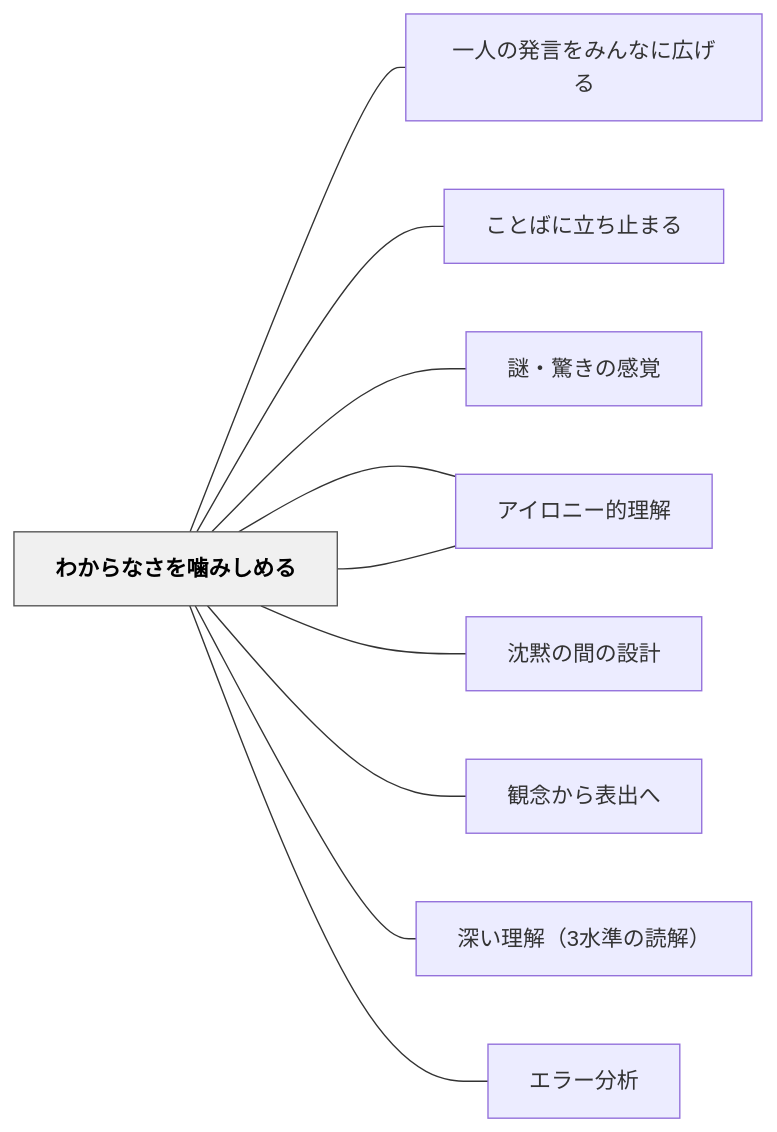
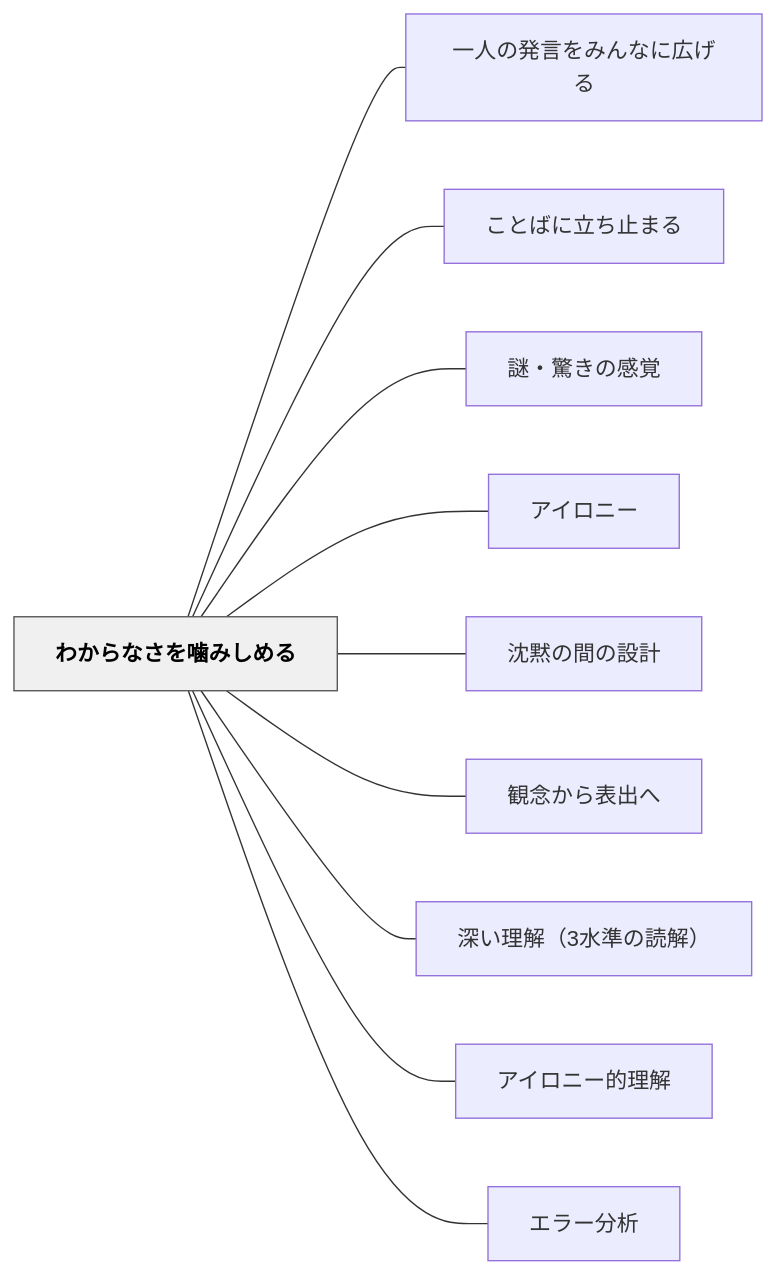
Before and after one commit to unknownthings-ed-patterns/unknownthings-ed-patterns: the diagram in content/パタン/わからなさを噛みしめる.md, drawn with Mermaid. The commit also changed 527 other files, not shown here.

````diff
--- a/content/パタン/わからなさを噛みしめる.md
+++ b/content/パタン/わからなさを噛みしめる.md
@@ -94,26 +94,26 @@
 ```mermaid
 flowchart LR
-    ne3828fe3818b["わからなさを噛みしめる"]
-    ne4b880e4baba["一人の発言をみんなに広げる"]
-    ne38193e381a8["ことばに立ち止まる"]
-    ne8ac8ee383bb["謎・驚きの感覚"]
-    ne382a2e382a4["アイロニー"]
-    ne6b288e9bb99["沈黙の間の設計"]
-    ne8a6b3e5bfb5["観念から表出へ"]
-    ne6b7b1e38184["深い理解（3水準の読解）"]
-    ne382a2e382a4["アイロニー的理解"]
-    ne382a8e383a9["エラー分析"]
+    ne3828fe3818be38289e381aae38195e38292e5999be381bfe38197e38281e3828b["わからなさを噛みしめる"]
+    ne4b880e4babae381aee799bae8a880e38292e381bfe38293e381aae381abe5ba83e38192e3828b["一人の発言をみんなに広げる"]
+    ne38193e381a8e381b0e381abe7ab8be381a1e6ada2e381bee3828b["ことばに立ち止まる"]
+    ne8ac8ee383bbe9a99ae3818de381aee6849fe8a69a["謎・驚きの感覚"]
+    ne382a2e382a4e383ade3838be383bc["アイロニー"]
+    ne6b288e9bb99e381aee99693e381aee8a8ade8a888["沈黙の間の設計"]
+    ne8a6b3e5bfb5e3818be38289e8a1a8e587bae381b8["観念から表出へ"]
+    ne6b7b1e38184e79086e8a7a3efbc8833e6b0b4e6ba96e381aee8aaade8a7a3efbc89["深い理解（3水準の読解）"]
+    ne382a2e382a4e383ade3838be383bce79a84e79086e8a7a3["アイロニー的理解"]
+    ne382a8e383a9e383bce58886e69e90["エラー分析"]
 
-    ne3828fe3818b --- ne4b880e4baba
-    ne3828fe3818b --- ne38193e381a8
-    ne3828fe3818b --- ne8ac8ee383bb
-    ne3828fe3818b --- ne382a2e382a4
-    ne3828fe3818b --- ne6b288e9bb99
-    ne3828fe3818b --- ne8a6b3e5bfb5
-    ne3828fe3818b --- ne6b7b1e38184
-    ne3828fe3818b --- ne382a2e382a4
-    ne3828fe3818b --- ne382a8e383a9
+    ne3828fe3818be38289e381aae38195e38292e5999be381bfe38197e38281e3828b --- ne4b880e4babae381aee799bae8a880e38292e381bfe38293e381aae381abe5ba83e38192e3828b
+    ne3828fe3818be38289e381aae38195e38292e5999be381bfe38197e38281e3828b --- ne38193e381a8e381b0e381abe7ab8be381a1e6ada2e381bee3828b
+    ne3828fe3818be38289e381aae38195e38292e5999be381bfe38197e38281e3828b --- ne8ac8ee383bbe9a99ae3818de381aee6849fe8a69a
+    ne3828fe3818be38289e381aae38195e38292e5999be381bfe38197e38281e3828b --- ne382a2e382a4e383ade3838be383bc
+    ne3828fe3818be38289e381aae38195e38292e5999be381bfe38197e38281e3828b --- ne6b288e9bb99e381aee99693e381aee8a8ade8a888
+    ne3828fe3818be38289e381aae38195e38292e5999be381bfe38197e38281e3828b --- ne8a6b3e5bfb5e3818be38289e8a1a8e587bae381b8
+    ne3828fe3818be38289e381aae38195e38292e5999be381bfe38197e38281e3828b --- ne6b7b1e38184e79086e8a7a3efbc8833e6b0b4e6ba96e381aee8aaade8a7a3efbc89
+    ne3828fe3818be38289e381aae38195e38292e5999be381bfe38197e38281e3828b --- ne382a2e382a4e383ade3838be383bce79a84e79086e8a7a3
+    ne3828fe3818be38289e381aae38195e38292e5999be381bfe38197e38281e3828b --- ne382a8e383a9e383bce58886e69e90
 
     classDef hub fill:#f0f0f0,stroke:#555,color:#000,font-weight:bold
-    class ne3828fe3818b hub
+    class ne3828fe3818be38289e381aae38195e38292e5999be381bfe38197e38281e3828b hub
 ```
````
